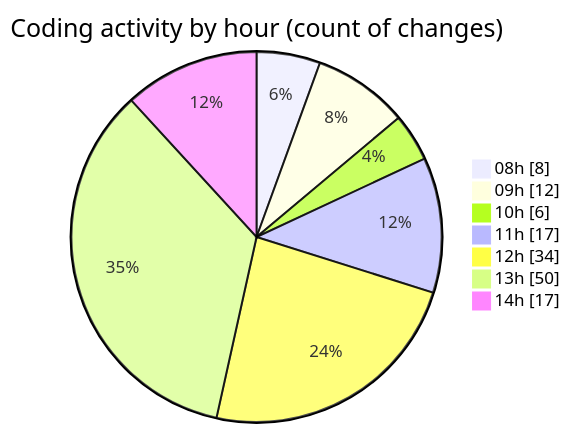
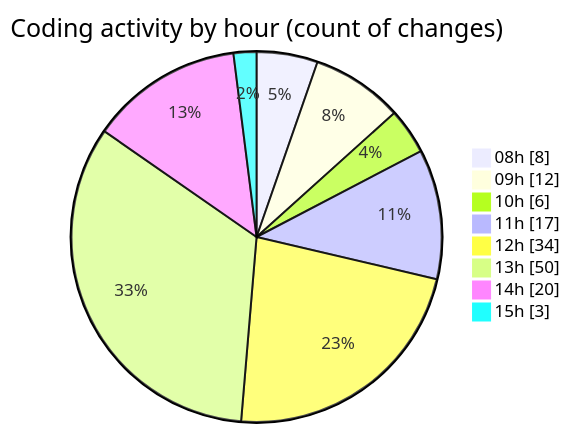
Before and after one commit to momahboobian/code-tracking: the second of 2 diagrams in 2025-09-15/cda/README.md, drawn with Mermaid. The commit also changed other lines of this file and 1 other file, not shown here.

````diff
--- a/2025-09-15/cda/README.md
+++ b/2025-09-15/cda/README.md
@@ -35,11 +35,12 @@
 ```mermaid
 pie showData
 title Coding activity by hour (count of changes)
 "08h" : 8
 "09h" : 12
 "10h" : 6
 "11h" : 17
 "12h" : 34
 "13h" : 50
-"14h" : 17
+"14h" : 20
+"15h" : 3
 ```
````
